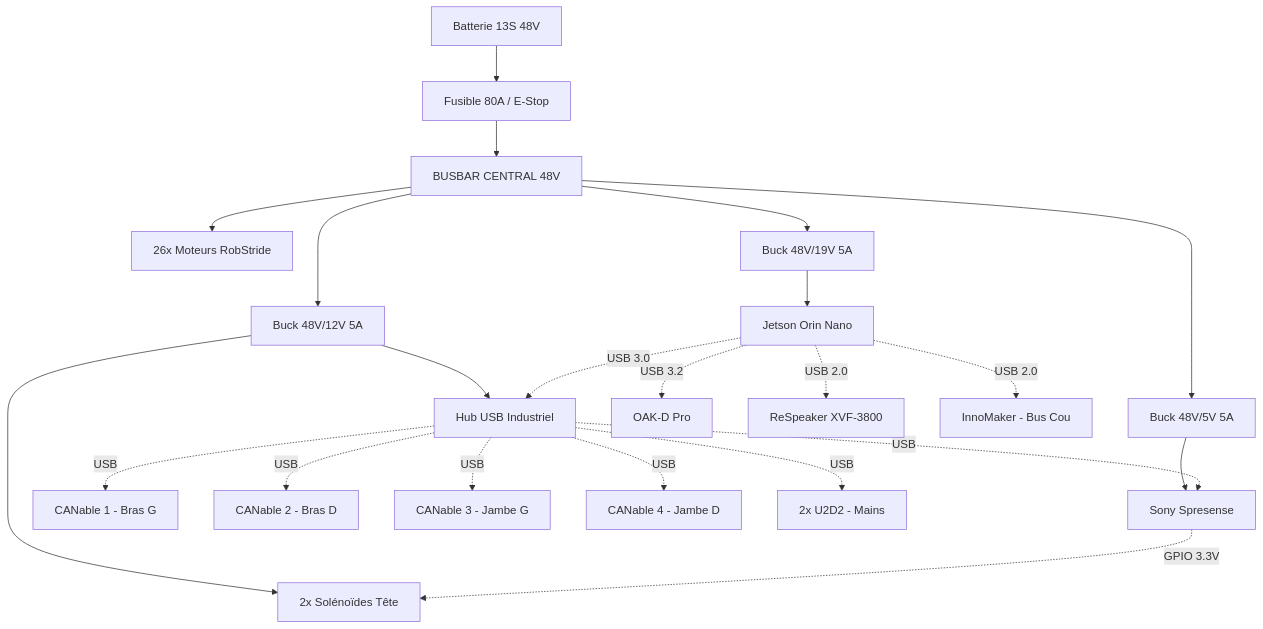
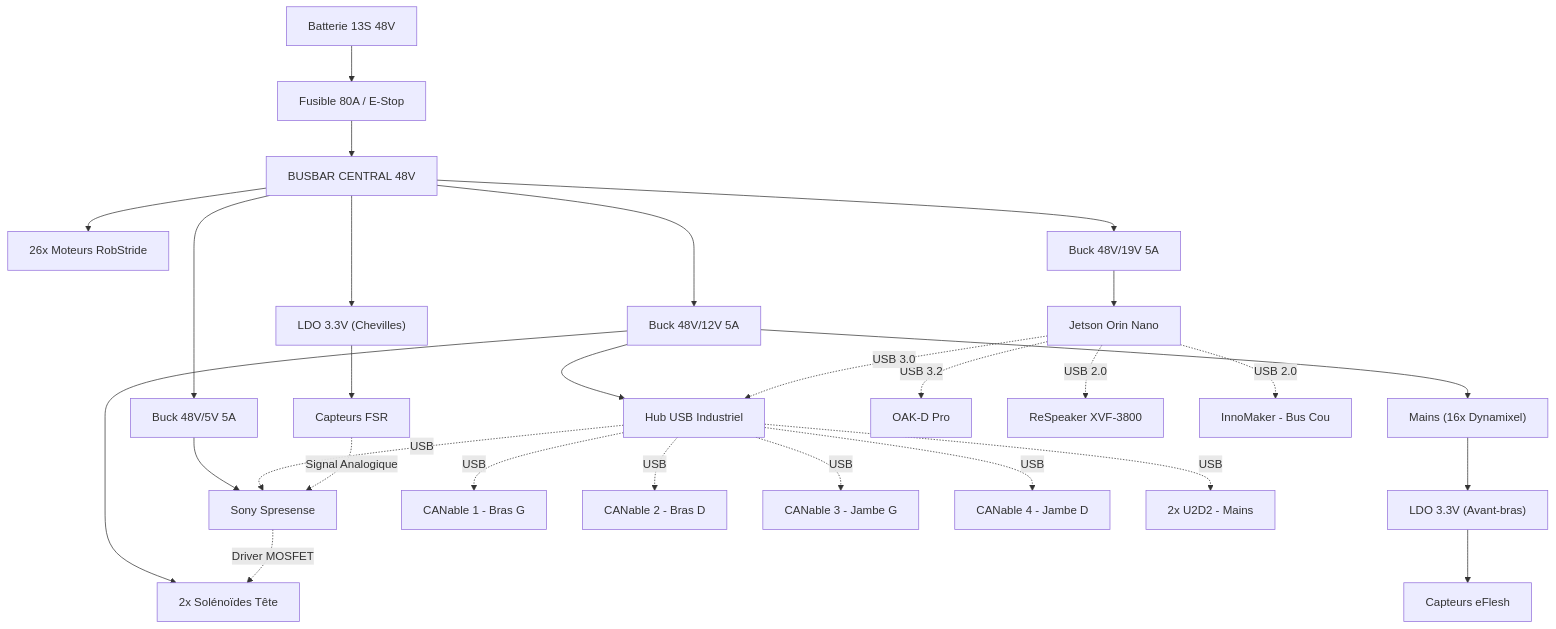
The diagram in 04_Electronique_Cablage.md (d-sergent/dbot-documentation), drawn with Mermaid before and after one commit.

Commit message:
Docs: Mise à jour finale du schéma global (LDO, Dynamixel, FSR)

````diff
--- a/04_Electronique_Cablage.md
+++ b/04_Electronique_Cablage.md
@@ -21,39 +21,48 @@
 ```mermaid
 graph TD
     %% Source Energie
     BAT["Batterie 13S 48V"] --> FUS["Fusible 80A / E-Stop"]
     FUS --> BUSBAR["BUSBAR CENTRAL 48V"]
 
     %% Rails de Puissance
     BUSBAR --> MOT["26x Moteurs RobStride"]
     BUSBAR --> B19["Buck 48V/19V 5A"]
     BUSBAR --> B12["Buck 48V/12V 5A"]
     BUSBAR --> B05["Buck 48V/5V 5A"]
 
     %% Distribution 19V
     B19 --> JET["Jetson Orin Nano"]
 
     %% Distribution 12V
     B12 --> HUB["Hub USB Industriel"]
     B12 --> SOL["2x Solénoïdes Tête"]
+    B12 --> DYN["Mains (16x Dynamixel)"]
 
     %% Distribution 5V (Always-On)
     B05 --> SPR["Sony Spresense"]
+
+    %% Régulations Locales 3.3V
+    DYN --> LDO_A["LDO 3.3V (Avant-bras)"]
+    LDO_A --> EFLESH["Capteurs eFlesh"]
+    
+    BUSBAR --> LDO_P["LDO 3.3V (Chevilles)"]
+    LDO_P --> FSR["Capteurs FSR"]
 
     %% Flux Data USB Directs
     JET -. "USB 3.2" .-> OAK["OAK-D Pro"]
     JET -. "USB 2.0" .-> RES["ReSpeaker XVF-3800"]
     JET -. "USB 2.0" .-> INN["InnoMaker - Bus Cou"]
 
     %% Flux Data via Hub
     JET -. "USB 3.0" .-> HUB
     HUB -. "USB" .-> SPR
     HUB -. "USB" .-> CAN1["CANable 1 - Bras G"]
     HUB -. "USB" .-> CAN2["CANable 2 - Bras D"]
     HUB -. "USB" .-> CAN3["CANable 3 - Jambe G"]
     HUB -. "USB" .-> CAN4["CANable 4 - Jambe D"]
     HUB -. "USB" .-> U2D2["2x U2D2 - Mains"]
 
     %% Pilotage Spécifique
-    SPR -. "GPIO 3.3V" .-> SOL
+    SPR -. "Driver MOSFET" .-> SOL
+    FSR -. "Signal Analogique" .-> SPR
 ```
````
